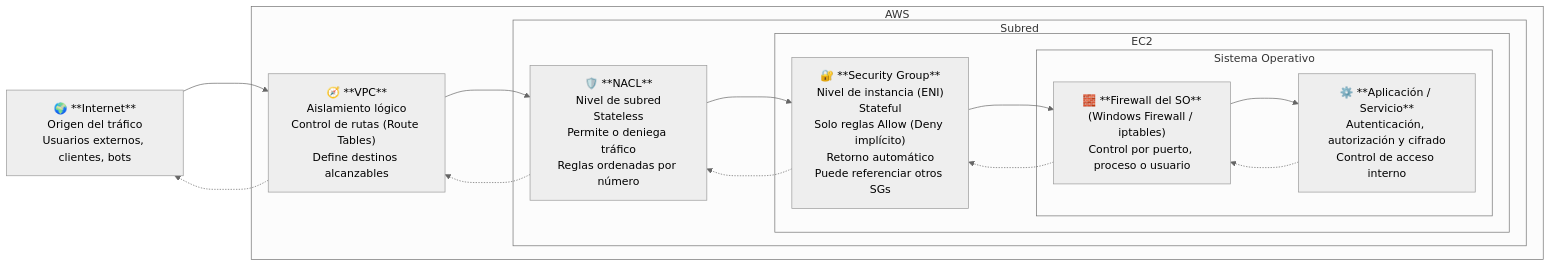
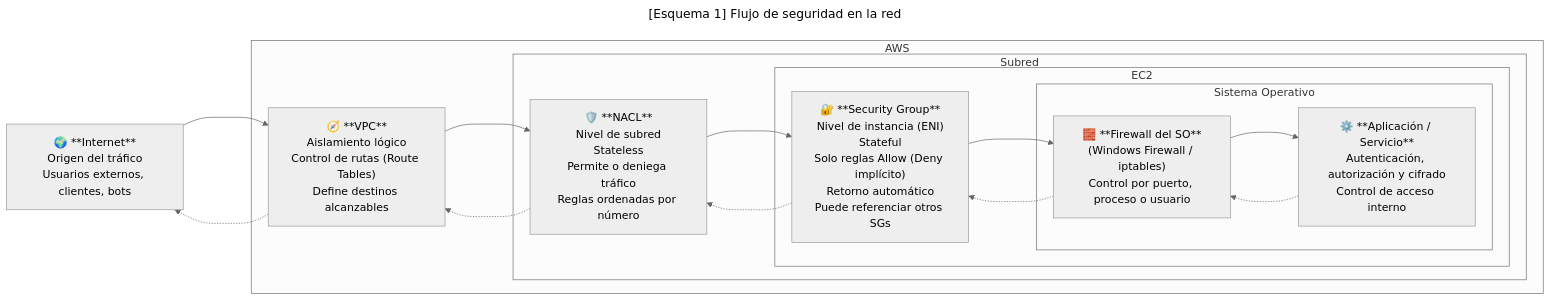
Before and after one commit to Marcos-SA-git/AWS-Certifications: the first of 2 diagrams in SAA-C03/es/3. VPC - Virtual Private Cloud.md, drawn with Mermaid (neutral theme). The commit also changed other lines of this file, not shown here.

````diff
--- a/SAA-C03/es/3. VPC - Virtual Private Cloud.md
+++ b/SAA-C03/es/3. VPC - Virtual Private Cloud.md
@@ -193,31 +193,33 @@
 ```mermaid
+---
+title: "[Esquema 1] Flujo de seguridad en la red"
+---
+
 flowchart LR
-  %% Diagrama: Flujo de seguridad en la red
-
   A["🌍 **Internet**<br>Origen del tráfico<br>Usuarios externos, clientes, bots"]
   subgraph AWS
     B["🧭 **VPC**<br>Aislamiento lógico<br>Control de rutas (Route Tables)<br>Define destinos alcanzables"]
     subgraph Subred
       C["🛡️ **NACL**<br>Nivel de subred<br>Stateless<br>Permite o deniega tráfico<br>Reglas ordenadas por número"]
       subgraph EC2
         D["🔐 **Security Group**<br>Nivel de instancia (ENI)<br>Stateful<br>Solo reglas Allow (Deny implícito)<br>Retorno automático<br>Puede referenciar otros SGs"]
         subgraph Sistema Operativo
           E["🧱 **Firewall del SO**<br>(Windows Firewall / iptables)<br>Control por puerto, proceso o usuario"]
           F["⚙️ **Aplicación / Servicio**<br>Autenticación, autorización y cifrado<br>Control de acceso interno"]
         end
       end
     end
   end
 
   A ---> B
   B ---> C
   C ---> D
   D ---> E
   E ---> F
 
   F -.-> E
   E -.-> D
   D -.-> C
   C -.-> B
   B -.-> A
 ```
````
